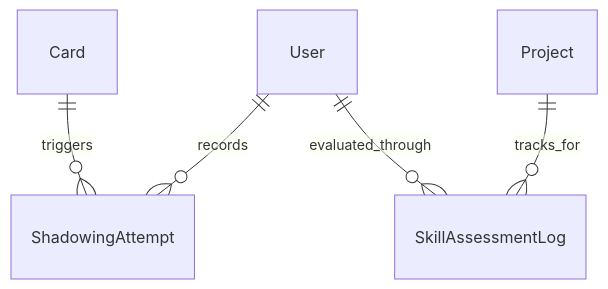
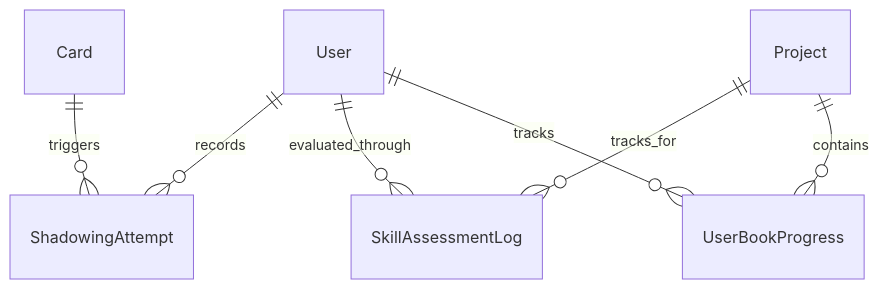
Before and after one commit to Kamil-Zuki/Polyraspad: the diagram in Docs/Vocabulary Service/03 - Модель Данных/01 - Основные сущности/Activity_Assessment.md, drawn with Mermaid. The commit also changed other lines of this file and 1 other file, not shown here.

Commit message:
docs: Update entity docs and submodule pointer for UserBookProgress (Fix GAP 4)

````diff
--- a/Docs/Vocabulary Service/03 - Модель Данных/01 - Основные сущности/Activity_Assessment.md
+++ b/Docs/Vocabulary Service/03 - Модель Данных/01 - Основные сущности/Activity_Assessment.md
@@ -47,7 +68,9 @@
 ```mermaid
 erDiagram
     Card ||--o{ ShadowingAttempt : triggers
     User ||--o{ ShadowingAttempt : records
     User ||--o{ SkillAssessmentLog : evaluated_through
     Project ||--o{ SkillAssessmentLog : tracks_for
+    Project ||--o{ UserBookProgress : contains
+    User ||--o{ UserBookProgress : tracks
 ```
````
